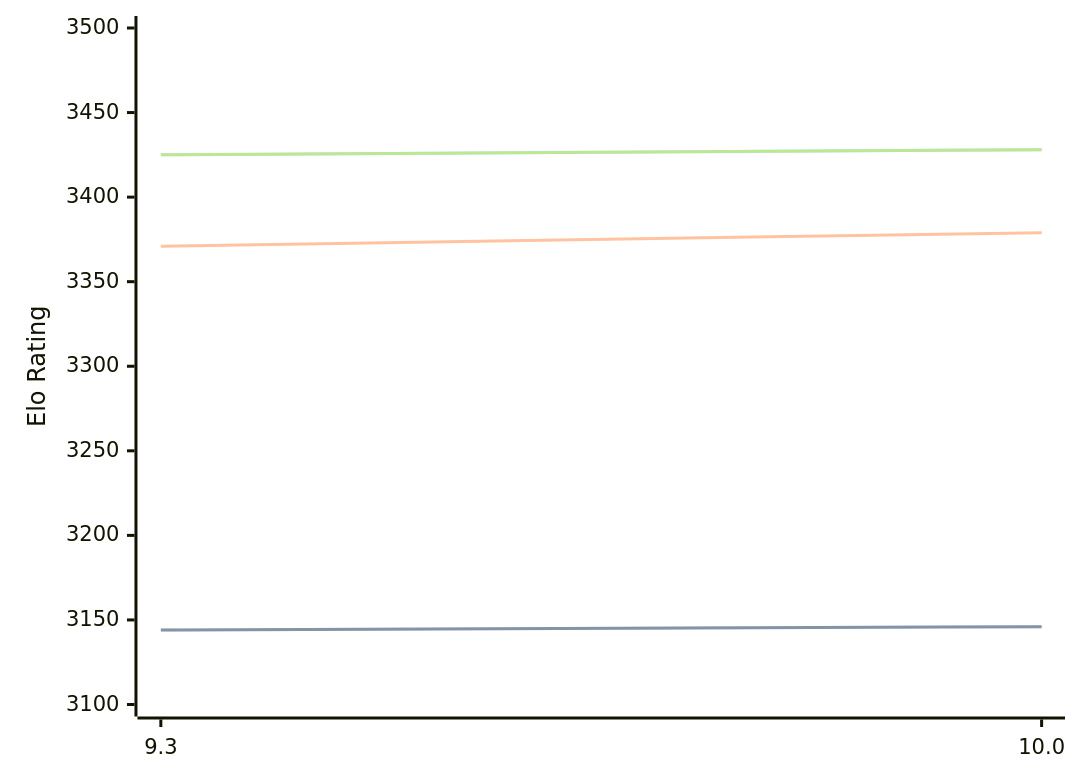
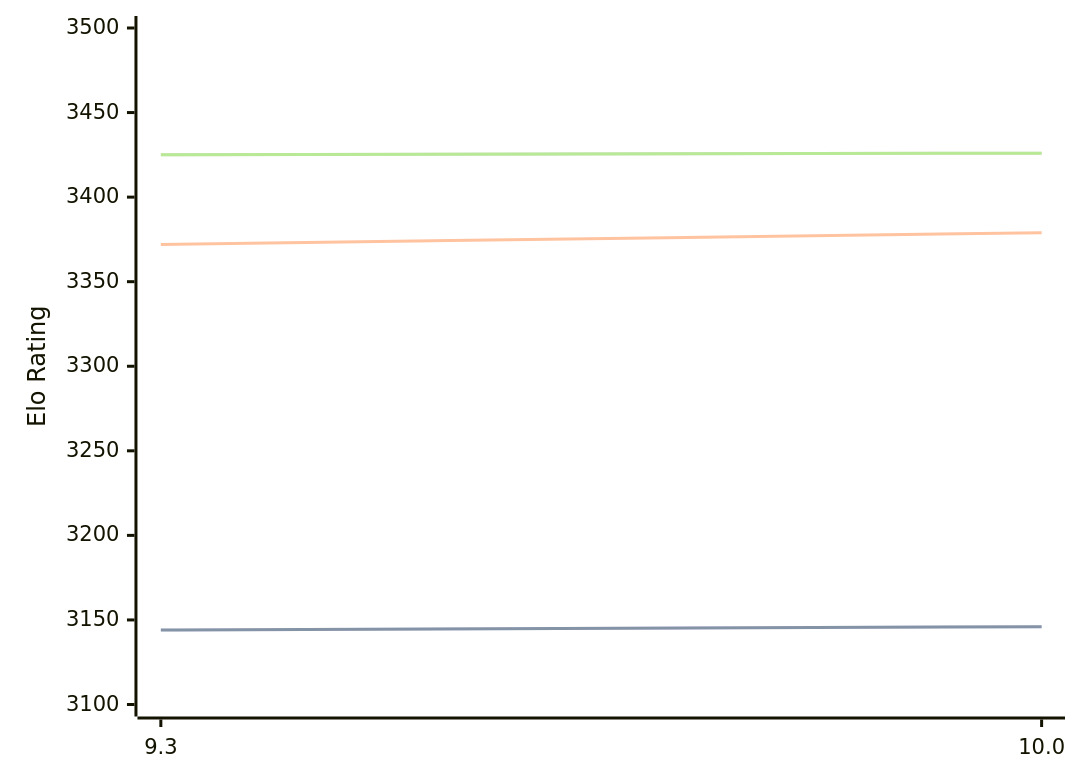
One commit to computer-chess-index/cci changed the diagram in engines/Fire.md. Above: the diagram before and after it, drawn with Mermaid. The commit also changed other lines of this file, not shown here.

Commit message:
Update CCI Ratings (ELO VLTC) - 2026-08-25

````diff
--- a/engines/Fire.md
+++ b/engines/Fire.md
@@ -32,11 +32,11 @@
 ```mermaid
 %%{init: {"theme":"base","themeVariables":{"seriesColors:['#a3a3a3','#222221','#faa371']}}}%%
 xychart-beta
   x-axis ["9.3", "10.0"]
   y-axis "Elo Rating" 3100 --> 3500
   line "STC (8.0+0.08s)" [3144, 3146]
   line "STC (8.0+0.08s)" [3144, 3146]
-  line "LTC (60.0+0.60s)" [3371, 3379]
-  line "VLTC (2m24s+1.12s)" [3425, 3428]
-  line "VLTC (2m24s+1.12s)" [3425, 3428]
+  line "LTC (60.0+0.60s)" [3372, 3379]
+  line "VLTC (2m24s+1.12s)" [3425, 3426]
+  line "VLTC (2m24s+1.12s)" [3425, 3426]
 ```
````
